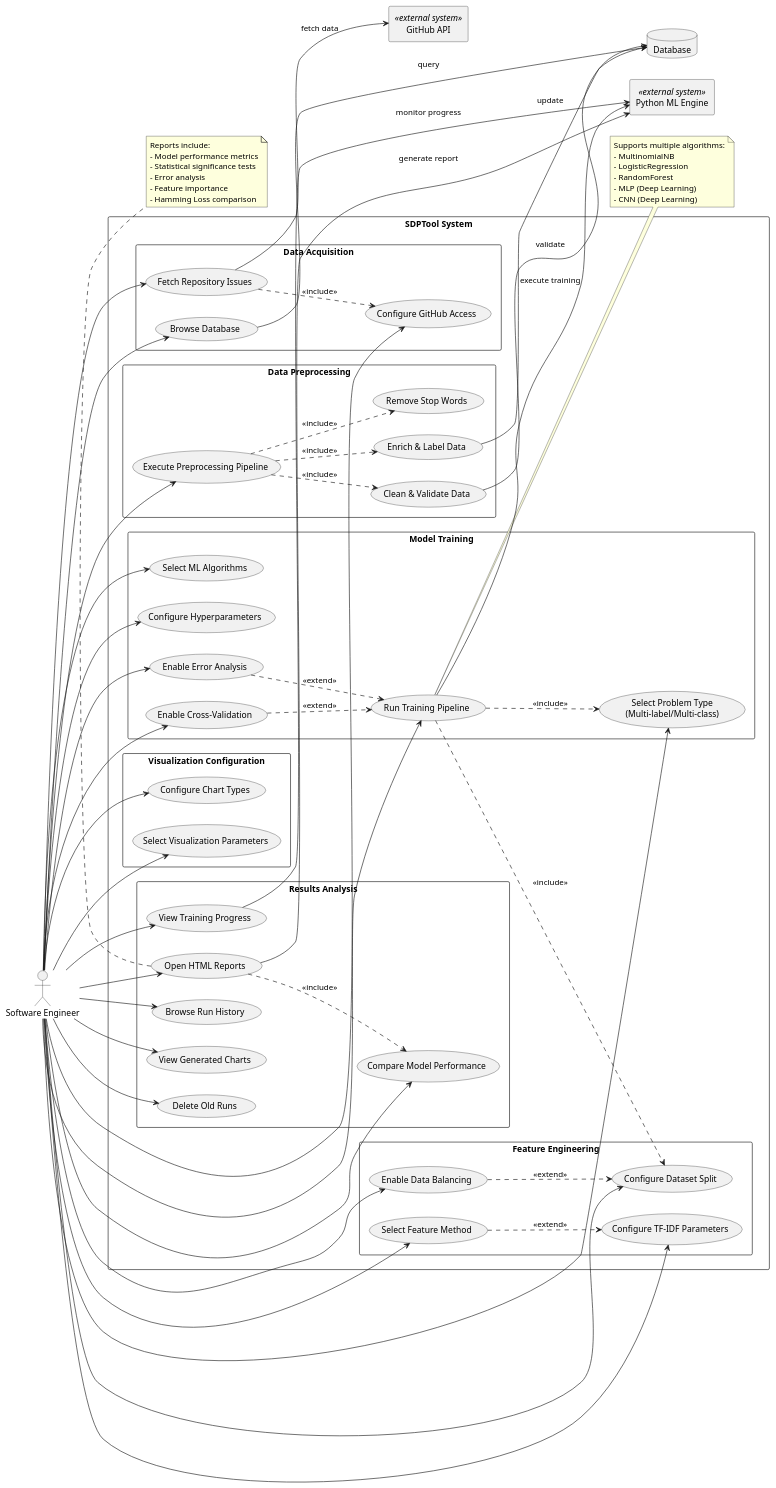
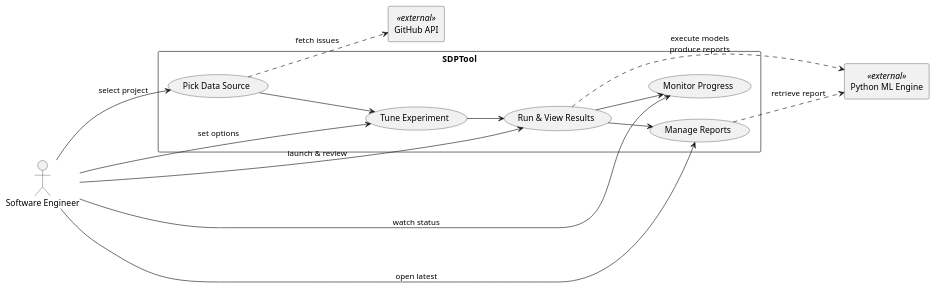
One commit to jalajpachouly/SDPTool changed the diagram in SDPTool_UseCase.puml. Above: the diagram before and after it, drawn with PlantUML. The commit also changed 4 other files, not shown here.

```diff
--- a/SDPTool_UseCase.puml
+++ b/SDPTool_UseCase.puml
@@ -1,123 +1,32 @@
 @startuml SDPTool Use Case Diagram
+skinparam packageStyle rectangle
 left to right direction
-skinparam packageStyle rectangle
 
 actor "Software Engineer" as SE
-
-rectangle "SDPTool System" {
-  
-  package "Data Acquisition" {
-    usecase "Configure GitHub Access" as UC1
-    usecase "Fetch Repository Issues" as UC2
-    usecase "Browse Database" as UC3
-  }
-  
-  package "Data Preprocessing" {
-    usecase "Remove Stop Words" as UC4
-    usecase "Clean & Validate Data" as UC5
-    usecase "Enrich & Label Data" as UC6
-    usecase "Execute Preprocessing Pipeline" as UC7
-  }
-  
-  package "Feature Engineering" {
-    usecase "Configure Dataset Split" as UC8
-    usecase "Enable Data Balancing" as UC9
-    usecase "Select Feature Method" as UC10
-    usecase "Configure TF-IDF Parameters" as UC11
-  }
-  
-  package "Model Training" {
-    usecase "Select Problem Type\n(Multi-label/Multi-class)" as UC12
-    usecase "Select ML Algorithms" as UC13
-    usecase "Configure Hyperparameters" as UC14
-    usecase "Enable Cross-Validation" as UC15
-    usecase "Enable Error Analysis" as UC16
-    usecase "Run Training Pipeline" as UC17
-  }
-  
-  package "Visualization Configuration" {
-    usecase "Configure Chart Types" as UC18
-    usecase "Select Visualization Parameters" as UC19
-  }
-  
-  package "Results Analysis" {
-    usecase "View Training Progress" as UC20
-    usecase "Browse Run History" as UC21
-    usecase "Open HTML Reports" as UC22
-    usecase "View Generated Charts" as UC23
-    usecase "Compare Model Performance" as UC24
-    usecase "Delete Old Runs" as UC25
-  }
+rectangle "SDPTool" {
+  usecase "Pick Data Source" as UC_Data
+  usecase "Tune Experiment" as UC_Configure
+  usecase "Run & View Results" as UC_Run
+  usecase "Monitor Progress" as UC_Monitor
+  usecase "Manage Reports" as UC_Report
 }
 
-rectangle "GitHub API" as GH <<external system>>
-rectangle "Python ML Engine" as PY <<external system>>
-database "Database" as DB
+rectangle "GitHub API" as GH <<external>>
+rectangle "Python ML Engine" as PY <<external>>
 
-' Software Engineer relationships
-SE --> UC1
-SE --> UC2
-SE --> UC3
-SE --> UC7
-SE --> UC8
-SE --> UC9
-SE --> UC10
-SE --> UC11
-SE --> UC12
-SE --> UC13
-SE --> UC14
-SE --> UC15
-SE --> UC16
-SE --> UC17
-SE --> UC18
-SE --> UC19
-SE --> UC20
-SE --> UC21
-SE --> UC22
-SE --> UC23
-SE --> UC24
-SE --> UC25
+SE --> UC_Data : select project
+SE --> UC_Configure : set options
+SE --> UC_Run : launch & review
+SE --> UC_Monitor : watch status
+SE --> UC_Report : open latest
 
-' Include relationships
-UC2 ..> UC1 : <<include>>
-UC7 ..> UC4 : <<include>>
-UC7 ..> UC5 : <<include>>
-UC7 ..> UC6 : <<include>>
-UC17 ..> UC12 : <<include>>
-UC17 ..> UC8 : <<include>>
-UC22 ..> UC24 : <<include>>
+UC_Data ..> GH : fetch issues
+UC_Run ..> PY : execute models\nproduce reports
+UC_Report ..> PY : retrieve report
 
-' Extend relationships
-UC15 ..> UC17 : <<extend>>
-UC16 ..> UC17 : <<extend>>
-UC9 ..> UC8 : <<extend>>
-UC10 ..> UC11 : <<extend>>
-
-' External system interactions
-UC2 --> GH : fetch data
-UC3 --> DB : query
-UC5 --> DB : validate
-UC6 --> DB : update
-UC17 --> PY : execute training
-UC20 --> PY : monitor progress
-UC22 --> PY : generate report
-
-note right of UC17
-  Supports multiple algorithms:
-  - MultinomialNB
-  - LogisticRegression
-  - RandomForest
-  - MLP (Deep Learning)
-  - CNN (Deep Learning)
-end note
-
-note bottom of UC22
-  Reports include:
-  - Model performance metrics
-  - Statistical significance tests
-  - Error analysis
-  - Feature importance
-  - Hamming Loss comparison
-end note
+UC_Data --> UC_Configure
+UC_Configure --> UC_Run
+UC_Run --> UC_Monitor
+UC_Run --> UC_Report
 
 @enduml
```
